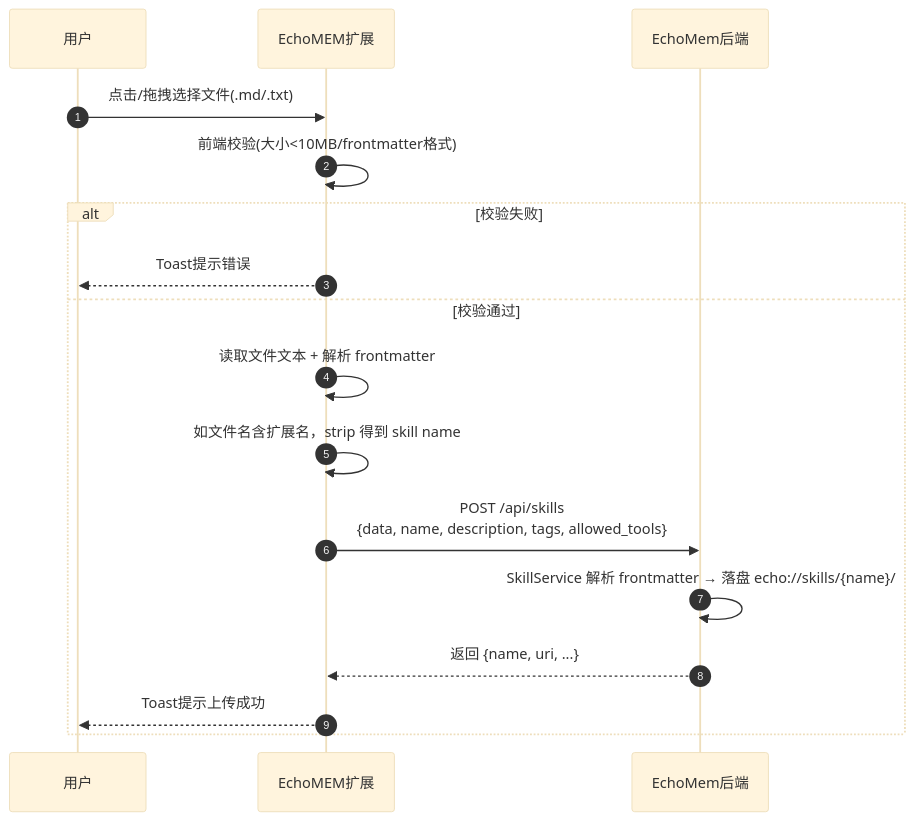
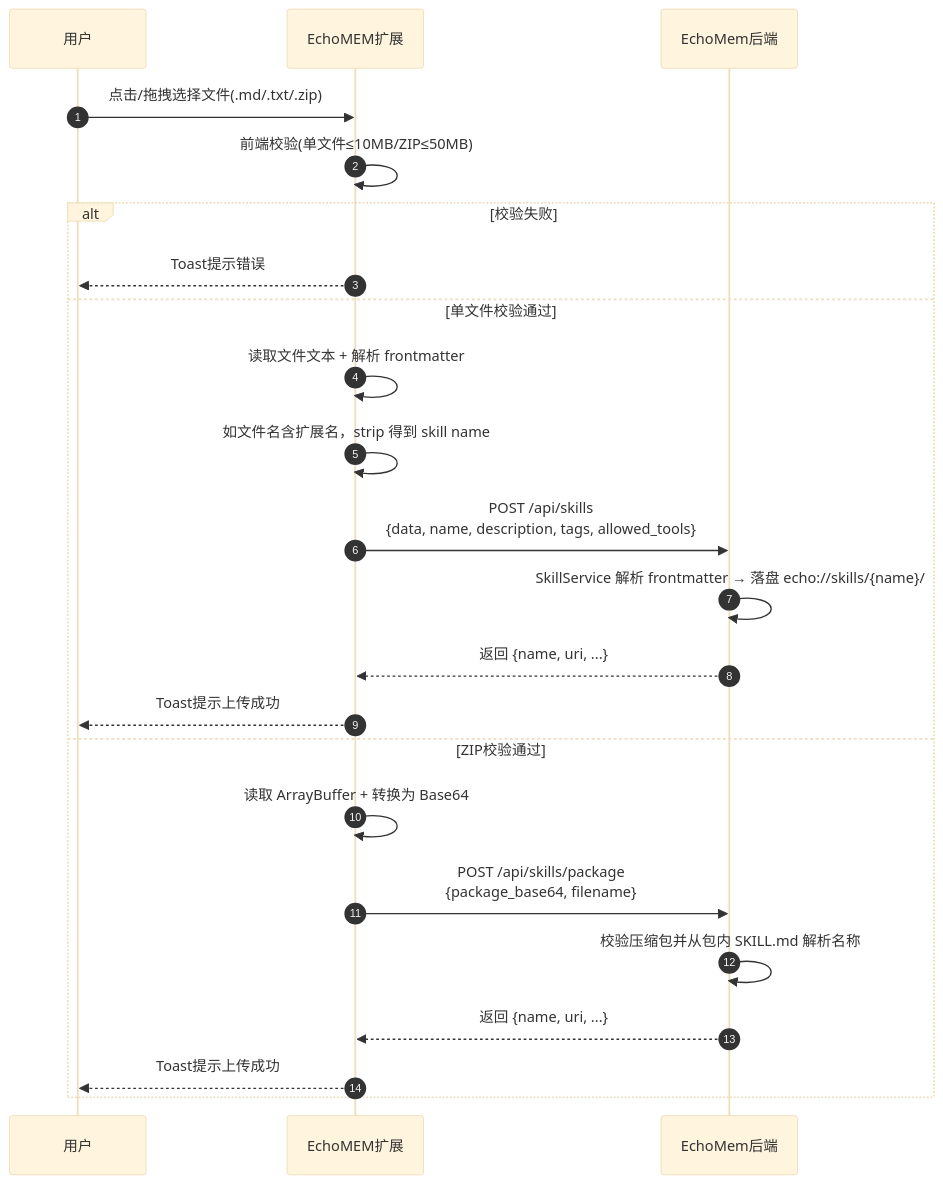
The diagram in docs/flows/skill-store/上传流程.md (WawaGuess/EchoMEM-WEB-EXTENSION), drawn with Mermaid (base theme) before and after one commit. The commit also changed other lines of this file and 6 other files, not shown here.

````diff
--- a/docs/flows/skill-store/上传流程.md
+++ b/docs/flows/skill-store/上传流程.md
@@ -21,20 +21,26 @@
 ```mermaid
 sequenceDiagram
     autonumber
     participant U as 用户
     participant E as EchoMEM扩展
     participant EM as EchoMem后端
 
-    U->>E: 点击/拖拽选择文件(.md/.txt)
-    E->>E: 前端校验(大小<10MB/frontmatter格式)
+    U->>E: 点击/拖拽选择文件(.md/.txt/.zip)
+    E->>E: 前端校验(单文件≤10MB/ZIP≤50MB)
     alt 校验失败
         E-->>U: Toast提示错误
-    else 校验通过
+    else 单文件校验通过
         E->>E: 读取文件文本 + 解析 frontmatter
         E->>E: 如文件名含扩展名，strip 得到 skill name
         E->>EM: POST /api/skills<br/>{data, name, description, tags, allowed_tools}
         EM->>EM: SkillService 解析 frontmatter → 落盘 echo://skills/{name}/
         EM-->>E: 返回 {name, uri, ...}
         E-->>U: Toast提示上传成功
+    else ZIP校验通过
+        E->>E: 读取 ArrayBuffer + 转换为 Base64
+        E->>EM: POST /api/skills/package<br/>{package_base64, filename}
+        EM->>EM: 校验压缩包并从包内 SKILL.md 解析名称
+        EM-->>E: 返回 {name, uri, ...}
+        E-->>U: Toast提示上传成功
     end
 ```
````
